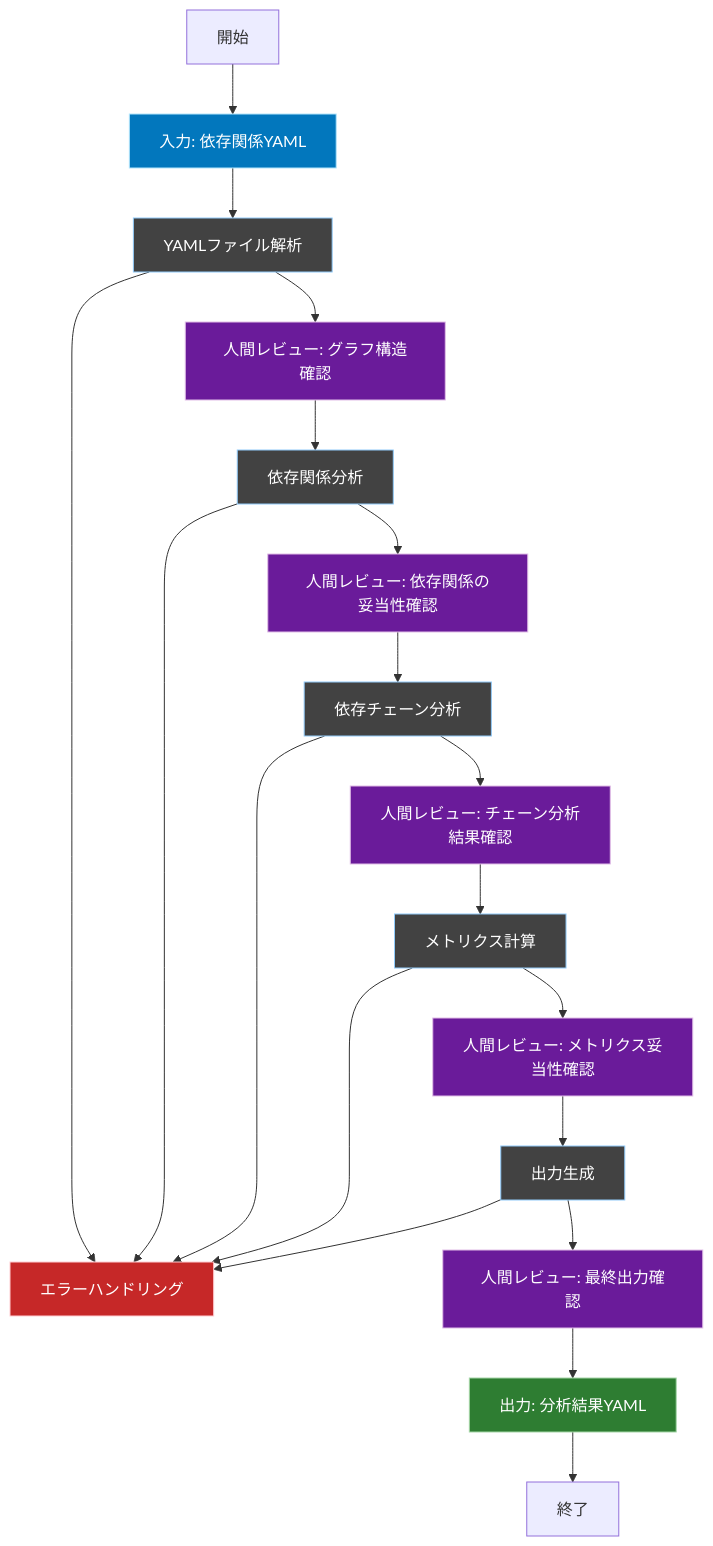
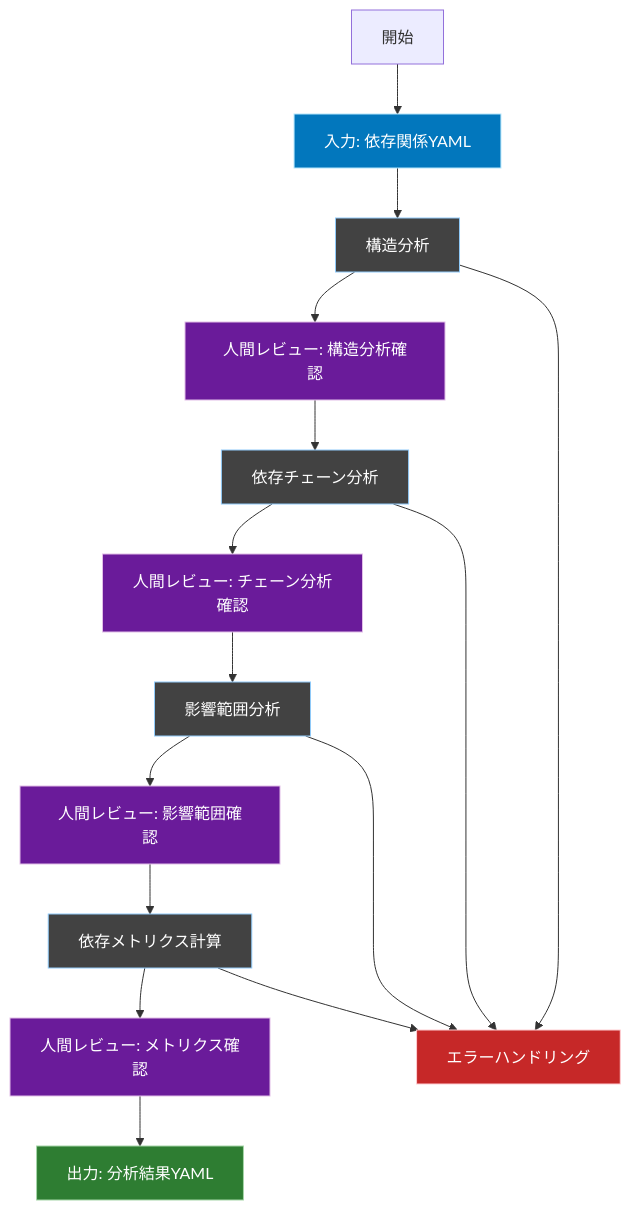
Before and after one commit to ryosuke911/WORKFLOW_SPEC_TEST: the first of 2 diagrams in FLOW/WORKFLOW_SPEC_TEST_DI_ANALYZE.md, drawn with Mermaid. The commit also changed other lines of this file and 5 other files, not shown here.

````diff
--- a/FLOW/WORKFLOW_SPEC_TEST_DI_ANALYZE.md
+++ b/FLOW/WORKFLOW_SPEC_TEST_DI_ANALYZE.md
@@ -7,31 +7,26 @@
 ```mermaid
 graph TD
     %% スタイル定義
     classDef input fill:#0277bd,stroke:#b3e5fc,color:#fff
     classDef process fill:#424242,stroke:#90caf9,color:#fff
     classDef output fill:#2e7d32,stroke:#a5d6a7,color:#fff
     classDef error fill:#c62828,stroke:#ffcdd2,color:#fff
     classDef review fill:#6a1b9a,stroke:#e1bee7,color:#fff
 
     Start[開始] --> Input[入力: 依存関係YAML]:::input
-    Input --> Phase1[YAMLファイル解析]:::process
-    Phase1 --> Review1[人間レビュー: グラフ構造確認]:::review
-    Review1 --> Phase2[依存関係分析]:::process
-    Phase2 --> Review2[人間レビュー: 依存関係の妥当性確認]:::review
-    Review2 --> Phase3[依存チェーン分析]:::process
-    Phase3 --> Review3[人間レビュー: チェーン分析結果確認]:::review
-    Review3 --> Phase4[メトリクス計算]:::process
-    Phase4 --> Review4[人間レビュー: メトリクス妥当性確認]:::review
-    Review4 --> Phase5[出力生成]:::process
+    Input --> Phase1[構造分析]:::process
+    Phase1 --> Review1[人間レビュー: 構造分析確認]:::review
+    Review1 --> Phase2[依存チェーン分析]:::process
+    Phase2 --> Review2[人間レビュー: チェーン分析確認]:::review
+    Review2 --> Phase3[影響範囲分析]:::process
+    Phase3 --> Review3[人間レビュー: 影響範囲確認]:::review
+    Review3 --> Phase4[依存メトリクス計算]:::process
+    Phase4 --> Review4[人間レビュー: メトリクス確認]:::review
+    Review4 --> Output[出力: 分析結果YAML]:::output
     
     Error[エラーハンドリング]:::error
     Phase1 --> Error
     Phase2 --> Error
     Phase3 --> Error
     Phase4 --> Error
-    Phase5 --> Error
-    
-    Phase5 --> Review5[人間レビュー: 最終出力確認]:::review
-    Review5 --> Output[出力: 分析結果YAML]:::output
-    Output --> End[終了]
 ```
````
